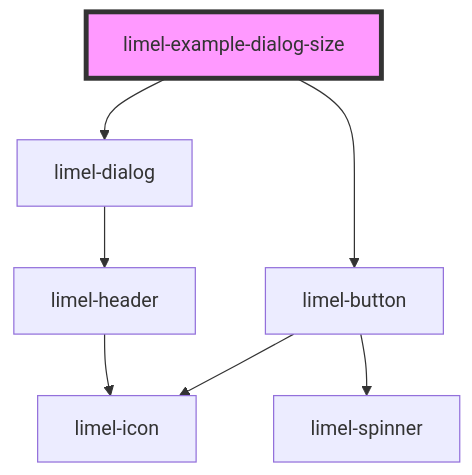
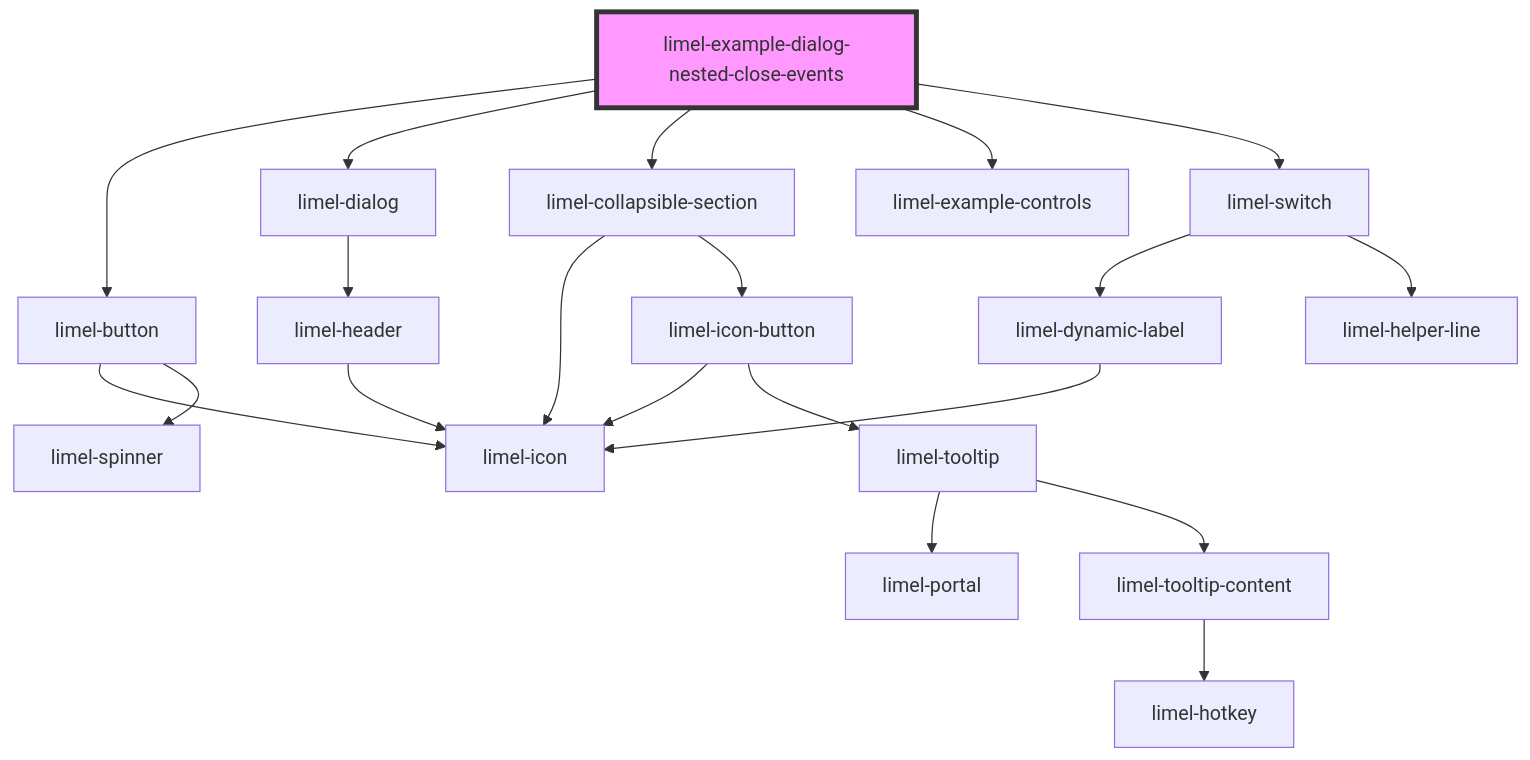
Before and after one commit to Lundalogik/lime-elements: the diagram in versions/PR-4090/markdown-docs/components/dialog/examples/readme.md, drawn with Mermaid. The commit also changed other lines of this file and 2 other files, not shown here.

Commit message:
chore(docs): create docs PR-4090

````diff
--- a/versions/PR-4090/markdown-docs/components/dialog/examples/readme.md
+++ b/versions/PR-4090/markdown-docs/components/dialog/examples/readme.md
@@ -17,10 +31,23 @@
 ```mermaid
 graph TD;
-  limel-example-dialog-size --> limel-button
-  limel-example-dialog-size --> limel-dialog
+  limel-example-dialog-nested-close-events --> limel-button
+  limel-example-dialog-nested-close-events --> limel-dialog
+  limel-example-dialog-nested-close-events --> limel-collapsible-section
+  limel-example-dialog-nested-close-events --> limel-example-controls
+  limel-example-dialog-nested-close-events --> limel-switch
   limel-button --> limel-icon
   limel-button --> limel-spinner
   limel-dialog --> limel-header
   limel-header --> limel-icon
-  style limel-example-dialog-size fill:#f9f,stroke:#333,stroke-width:4px
+  limel-collapsible-section --> limel-icon
+  limel-collapsible-section --> limel-icon-button
+  limel-icon-button --> limel-icon
+  limel-icon-button --> limel-tooltip
+  limel-tooltip --> limel-portal
+  limel-tooltip --> limel-tooltip-content
+  limel-tooltip-content --> limel-hotkey
+  limel-switch --> limel-dynamic-label
+  limel-switch --> limel-helper-line
+  limel-dynamic-label --> limel-icon
+  style limel-example-dialog-nested-close-events fill:#f9f,stroke:#333,stroke-width:4px
 ```
````
